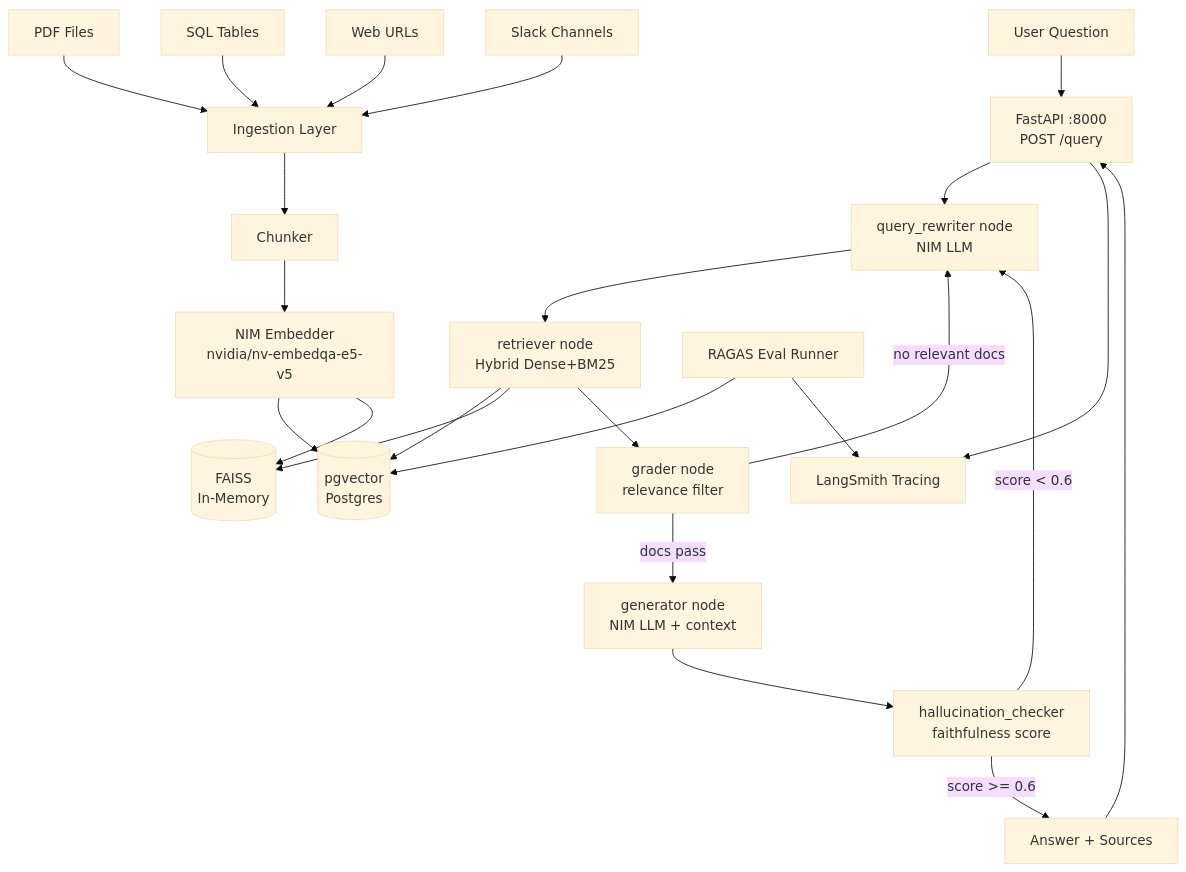
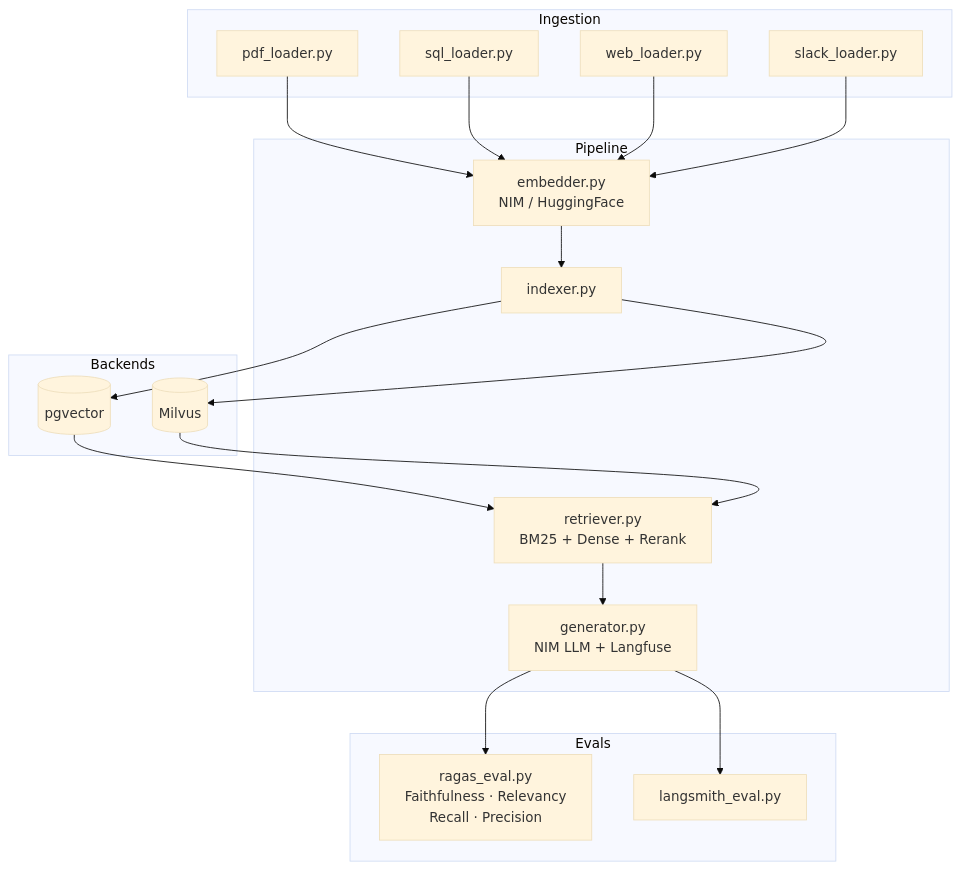
One commit to TylrDn/enterprise-rag-pipeline changed the diagram in docs/architecture.md. Above: the diagram before and after it, drawn with Mermaid (base theme). The commit also changed other lines of this file and 16 other files, not shown here.

Commit message:
feat: full Repo 2 implementation — ingestion, pipeline, backends, evals, deploy, docs

````diff
--- a/docs/architecture.md
+++ b/docs/architecture.md
@@ -6,28 +5,33 @@
 ```mermaid
-graph TD
-    PDF[PDF Files] --> ING[Ingestion Layer]
-    SQL[SQL Tables] --> ING
-    WEB[Web URLs] --> ING
-    SLACK[Slack Channels] --> ING
-    ING --> CHUNK[Chunker]
-    CHUNK --> NIM_EMB[NIM Embedder\nnvidia/nv-embedqa-e5-v5]
-    NIM_EMB --> PG[(pgvector\nPostgres)]
-    NIM_EMB --> FAISS[(FAISS\nIn-Memory)]
+flowchart TD
+    subgraph Ingestion
+        PDF[pdf_loader.py]
+        SQL[sql_loader.py]
+        WEB[web_loader.py]
+        SLK[slack_loader.py]
+    end
 
-    USER[User Question] --> API[FastAPI :8000\nPOST /query]
-    API --> RW[query_rewriter node\nNIM LLM]
-    RW --> RET[retriever node\nHybrid Dense+BM25]
-    RET --> PG
-    RET --> FAISS
-    RET --> GRADE[grader node\nrelevance filter]
-    GRADE -->|no relevant docs| RW
-    GRADE -->|docs pass| GEN[generator node\nNIM LLM + context]
-    GEN --> HALL[hallucination_checker\nfaithfulness score]
-    HALL -->|score >= 0.6| OUT[Answer + Sources]
-    HALL -->|score < 0.6| RW
-    OUT --> API
+    subgraph Pipeline
+        EMB[embedder.py\nNIM / HuggingFace]
+        IDX[indexer.py]
+        RET[retriever.py\nBM25 + Dense + Rerank]
+        GEN[generator.py\nNIM LLM + Langfuse]
+    end
 
-    API --> LS[LangSmith Tracing]
-    RAGAS[RAGAS Eval Runner] --> PG
-    RAGAS --> LS
+    subgraph Backends
+        PGV[(pgvector)]
+        MLV[(Milvus)]
+    end
+
+    subgraph Evals
+        RGS[ragas_eval.py\nFaithfulness · Relevancy\nRecall · Precision]
+        LSM[langsmith_eval.py]
+    end
+
+    PDF & SQL & WEB & SLK --> EMB
+    EMB --> IDX
+    IDX --> PGV & MLV
+    PGV & MLV --> RET
+    RET --> GEN
+    GEN --> RGS & LSM
 ```
````
